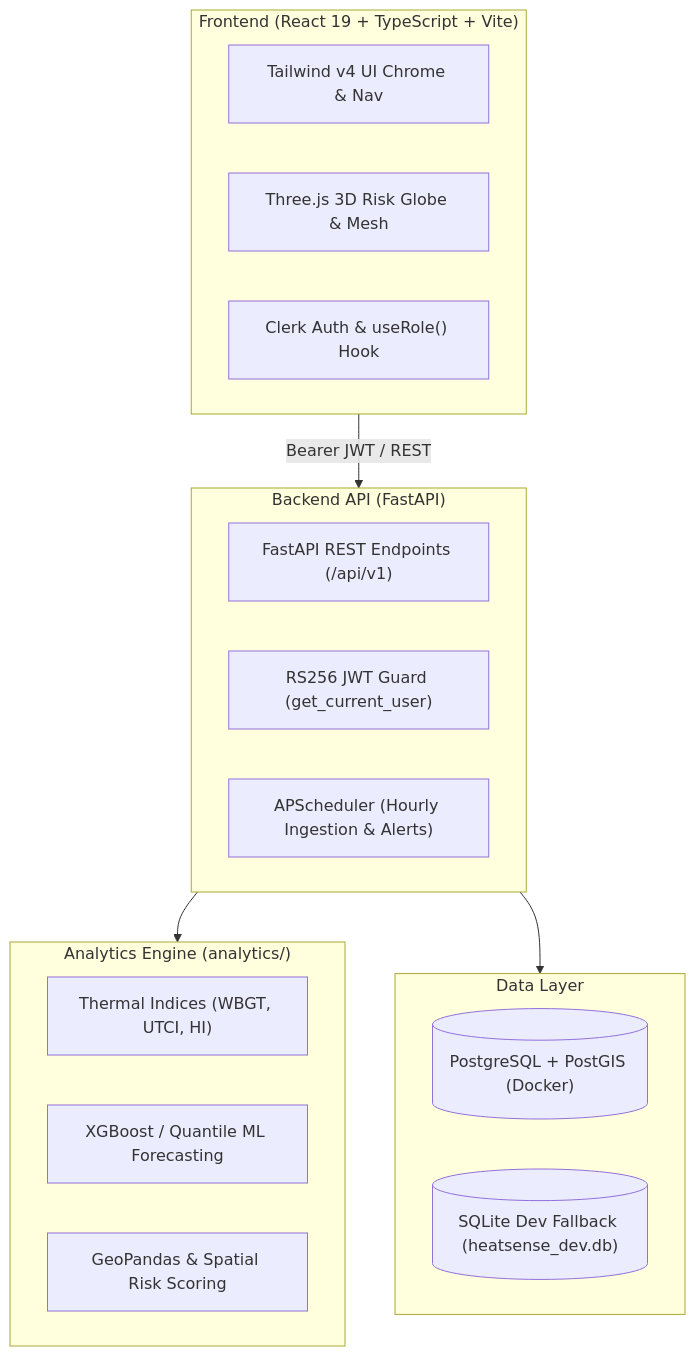
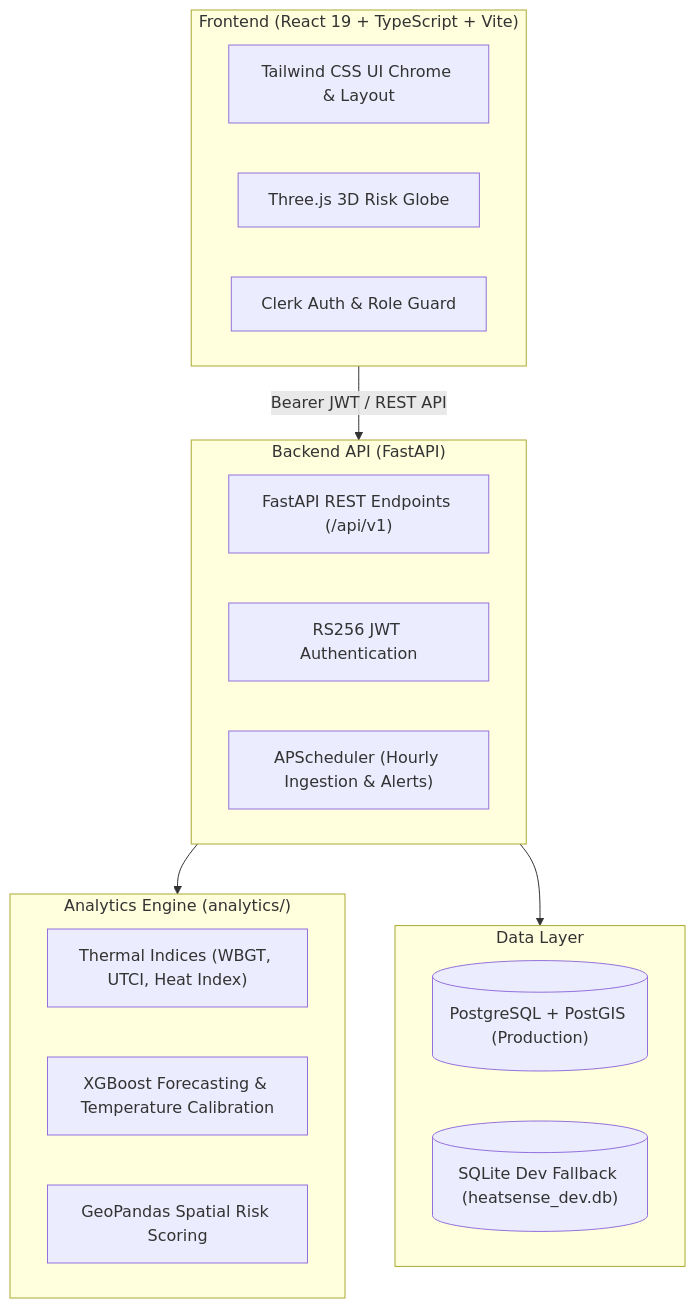
The diagram in README.md (AkshatKardak/ThermaGrid), drawn with Mermaid before and after one commit. The commit also changed other lines of this file and 11 other files, not shown here.

Commit message:
fix(backend): add missing __init__.py package files and rewrite README with full architecture, guides, and security hardening

````diff
--- a/README.md
+++ b/README.md
@@ -59,29 +99,29 @@
 ```mermaid
 flowchart TD
   subgraph Frontend ["Frontend (React 19 + TypeScript + Vite)"]
-    UI["Tailwind v4 UI Chrome & Nav"]
-    GL["Three.js 3D Risk Globe & Mesh"]
-    AuthUI["Clerk Auth & useRole() Hook"]
+    UI["Tailwind CSS UI Chrome & Layout"]
+    GL["Three.js 3D Risk Globe"]
+    AuthUI["Clerk Auth & Role Guard"]
   end
 
   subgraph Backend ["Backend API (FastAPI)"]
     API["FastAPI REST Endpoints (/api/v1)"]
-    AuthCore["RS256 JWT Guard (get_current_user)"]
+    AuthGuard["RS256 JWT Authentication"]
     Sched["APScheduler (Hourly Ingestion & Alerts)"]
   end
 
   subgraph Analytics ["Analytics Engine (analytics/)"]
-    Physics["Thermal Indices (WBGT, UTCI, HI)"]
-    ML["XGBoost / Quantile ML Forecasting"]
-    Spatial["GeoPandas & Spatial Risk Scoring"]
+    Physics["Thermal Indices (WBGT, UTCI, Heat Index)"]
+    ML["XGBoost Forecasting & Temperature Calibration"]
+    Spatial["GeoPandas Spatial Risk Scoring"]
   end
 
   subgraph Storage ["Data Layer"]
-    PG[("PostgreSQL + PostGIS (Docker)")]
+    PG[("PostgreSQL + PostGIS (Production)")]
     SQLite[("SQLite Dev Fallback (heatsense_dev.db)")]
   end
 
-  Frontend -->|Bearer JWT / REST| Backend
+  Frontend -->|Bearer JWT / REST API| Backend
   Backend --> Analytics
   Backend --> Storage
 ```
````
